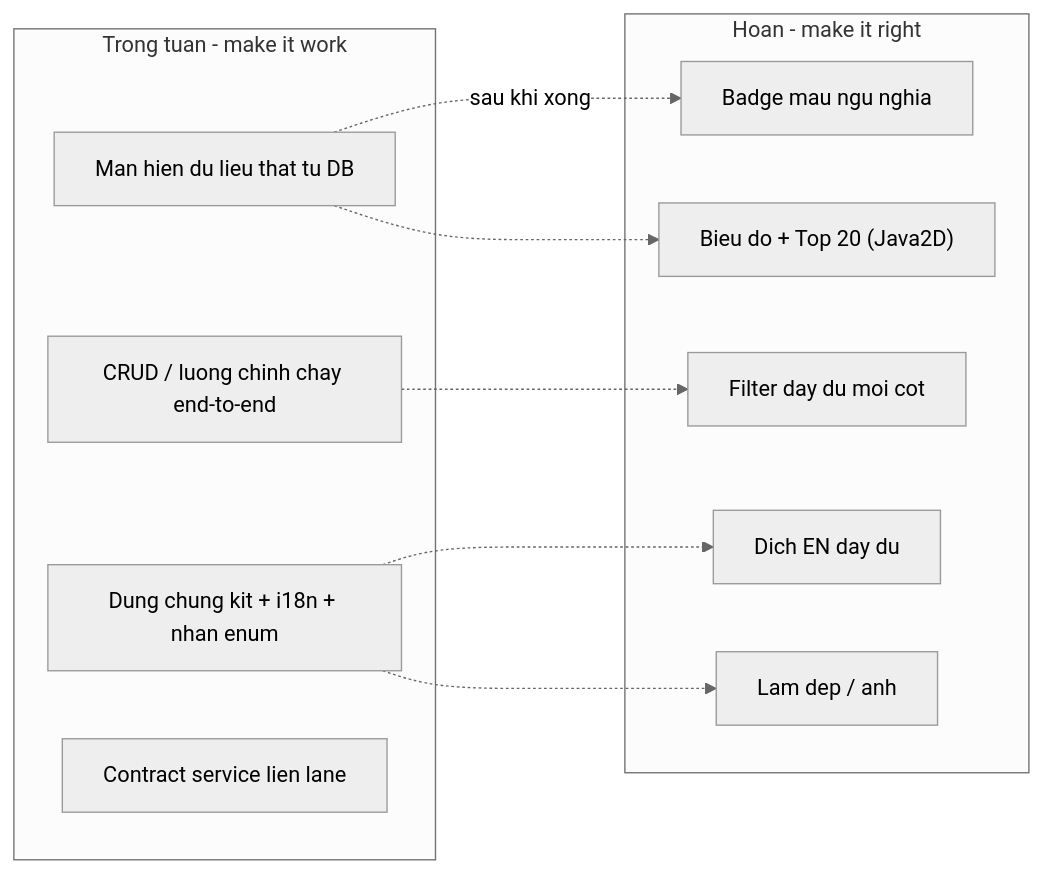
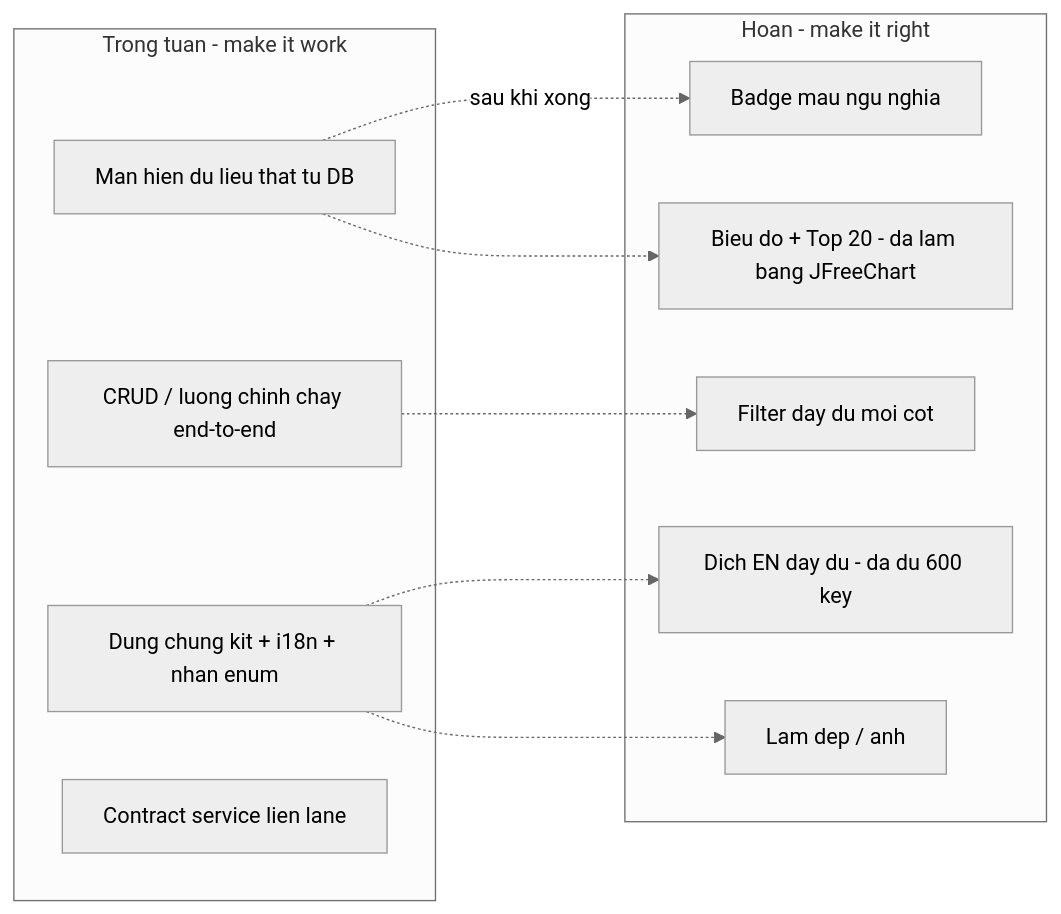
Before and after one commit to MaiTheHao/iuh-fall2026-ptud: the eighth of 9 diagrams in assets/tasks/DGRAPH.md, drawn with Mermaid (neutral theme). The commit also changed other lines of this file and 2 other files, not shown here.

Commit message:
docs(tasks): dong bo trang thai P4 6/6, i18n 600 key va diem mo con lai

````diff
--- a/assets/tasks/DGRAPH.md
+++ b/assets/tasks/DGRAPH.md
@@ -260,23 +259,23 @@
 ```mermaid
 flowchart LR
     subgraph sgIn["Trong tuan - make it work"]
         in1["Man hien du lieu that tu DB"]
         in2["CRUD / luong chinh chay end-to-end"]
         in3["Dung chung kit + i18n + nhan enum"]
         in4["Contract service lien lane"]
     end
 
     subgraph sgOut["Hoan - make it right"]
         hn1["Badge mau ngu nghia"]
         hn2["Filter day du moi cot"]
-        hn3["Bieu do + Top 20 (Java2D)"]
-        hn4["Dich EN day du"]
+        hn3["Bieu do + Top 20 - da lam bang JFreeChart"]
+        hn4["Dich EN day du - da du 600 key"]
         hn5["Lam dep / anh"]
     end
 
     in1 -.->|"sau khi xong"| hn1
     in2 -.-> hn2
     in3 -.-> hn4
     in1 -.-> hn3
     in3 -.-> hn5
 ```
````
